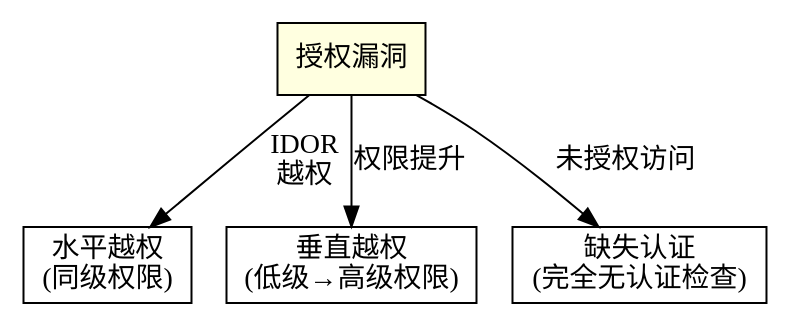
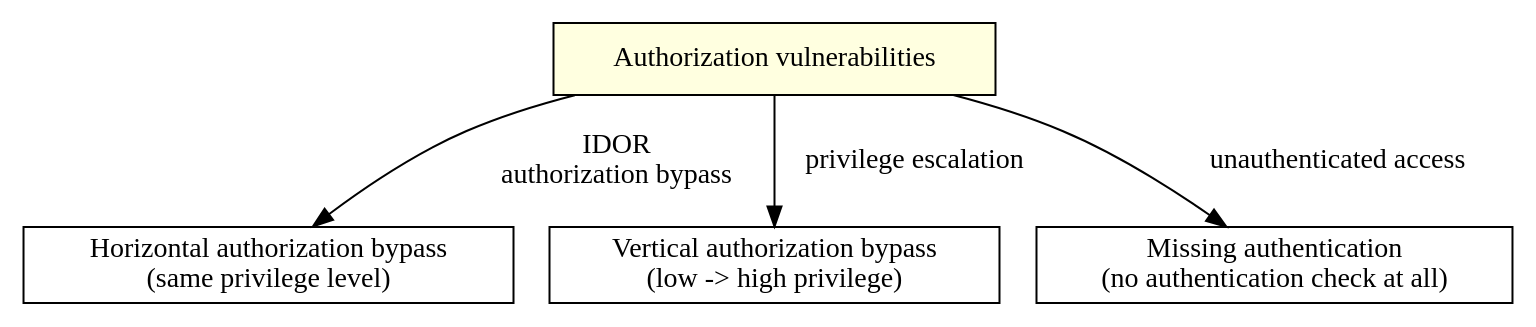
One commit to nathan-gage/wooyun-legacy-english changed the diagram in plugins/wooyun-legacy/skills/wooyun-legacy/references/authorization-domain.md. Above: the diagram before and after it, drawn with Graphviz. The commit also changed other lines of this file and 130 other files, not shown here.

````diff
--- a/plugins/wooyun-legacy/skills/wooyun-legacy/references/authorization-domain.md
+++ b/plugins/wooyun-legacy/skills/wooyun-legacy/references/authorization-domain.md
@@ -11,12 +11,12 @@
 ```dot
 digraph authz_taxonomy {
-    "授权漏洞" [shape=box style=filled fillcolor=lightyellow];
-    "水平越权" [shape=box label="水平越权\n(同级权限)"];
-    "垂直越权" [shape=box label="垂直越权\n(低级→高级权限)"];
-    "缺失认证" [shape=box label="缺失认证\n(完全无认证检查)"];
+    "Authorization vulnerabilities" [shape=box style=filled fillcolor=lightyellow];
+    "Horizontal authorization bypass" [shape=box label="Horizontal authorization bypass\n(same privilege level)"];
+    "Vertical authorization bypass" [shape=box label="Vertical authorization bypass\n(low -> high privilege)"];
+    "Missing authentication" [shape=box label="Missing authentication\n(no authentication check at all)"];
 
-    "授权漏洞" -> "水平越权" [label="IDOR\n越权"];
-    "授权漏洞" -> "垂直越权" [label="权限提升"];
-    "授权漏洞" -> "缺失认证" [label="未授权访问"];
+    "Authorization vulnerabilities" -> "Horizontal authorization bypass" [label="IDOR\nauthorization bypass"];
+    "Authorization vulnerabilities" -> "Vertical authorization bypass" [label="privilege escalation"];
+    "Authorization vulnerabilities" -> "Missing authentication" [label="unauthenticated access"];
 }
 ```
````
